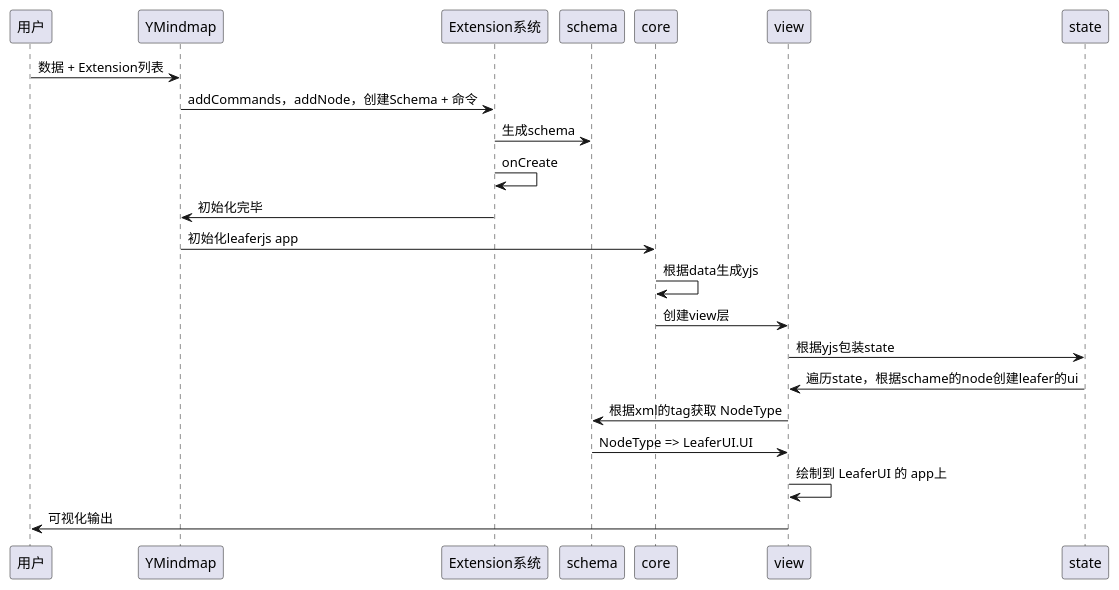
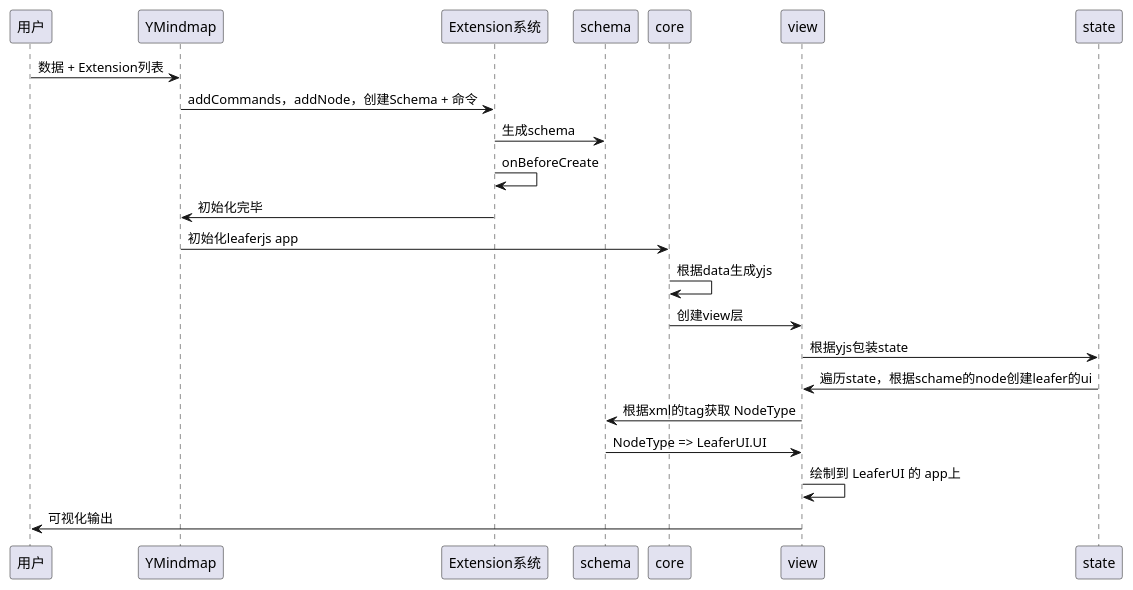
The second of 3 diagrams in apps/docs/guide/implementation/index.md (ymindmap/ymindmap), drawn with PlantUML before and after one commit. The commit also changed 12 other files, not shown here.

````diff
--- a/apps/docs/guide/implementation/index.md
+++ b/apps/docs/guide/implementation/index.md
@@ -55,18 +55,18 @@
 ```plantuml
 @startuml
 用户 -> YMindmap: 数据 + Extension列表
 YMindmap -> Extension系统: addCommands，addNode，创建Schema + 命令
 Extension系统 -> schema: 生成schema
-Extension系统 -> Extension系统: onCreate
+Extension系统 -> Extension系统: onBeforeCreate
 Extension系统 -> YMindmap: 初始化完毕
 YMindmap -> core: 初始化leaferjs app
 core -> core: 根据data生成yjs
 core -> view: 创建view层
 view -> state: 根据yjs包装state
 state -> view: 遍历state，根据schame的node创建leafer的ui
 view -> schema: 根据xml的tag获取 NodeType
 schema -> view: NodeType => LeaferUI.UI
 view -> view: 绘制到 LeaferUI 的 app上
 view -> 用户: 可视化输出
 @enduml
 ```
````
